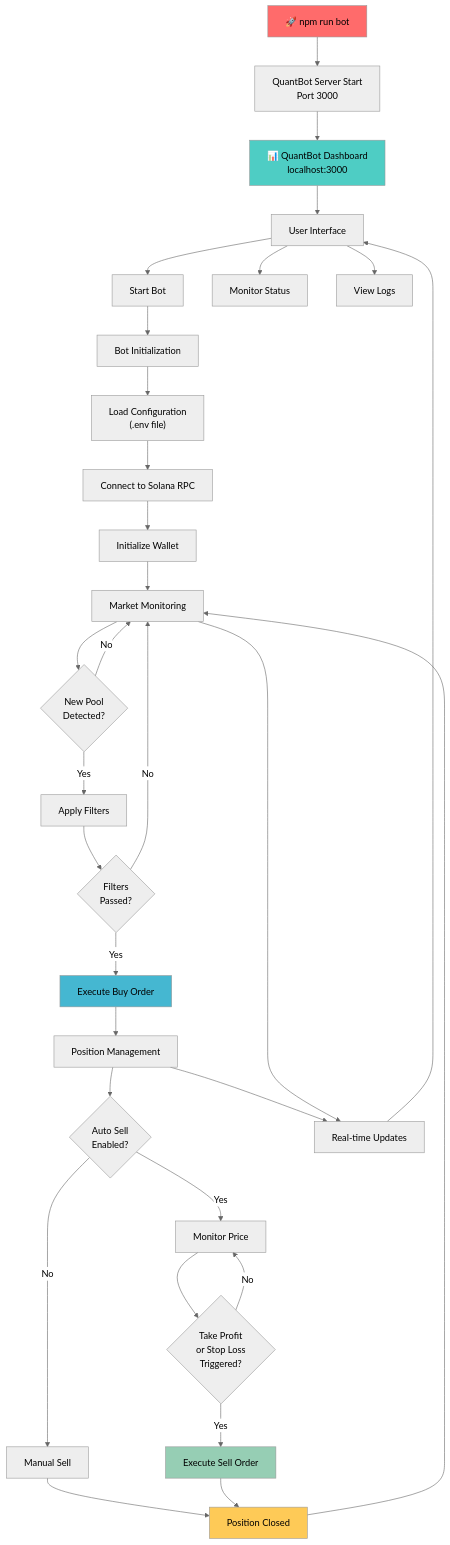
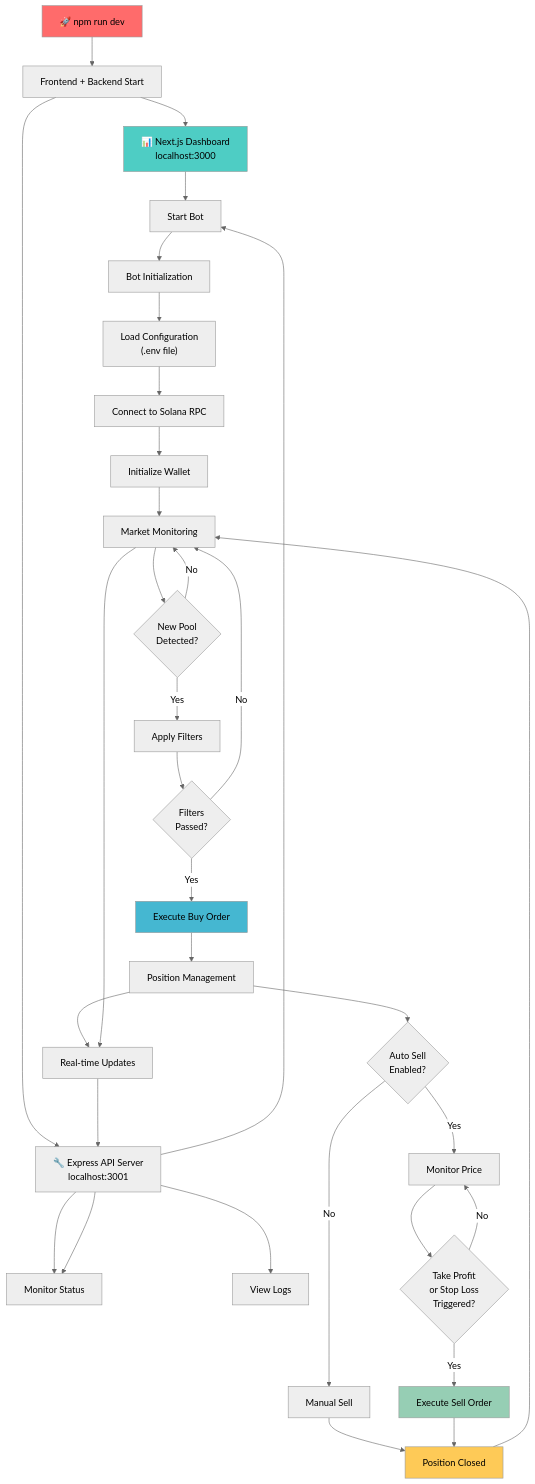
The diagram in README.md (harshith-eth/quant-bot), drawn with Mermaid (neutral theme) before and after one commit. The commit also changed other lines of this file and 131 other files, not shown here.

````diff
--- a/README.md
+++ b/README.md
@@ -36,47 +61,49 @@
 ```mermaid
 graph TD
-    A["🚀 npm run bot"] --> B["QuantBot Server Start<br/>Port 3000"]
-    B --> C["📊 QuantBot Dashboard<br/>localhost:3000"]
-    C --> D["User Interface"]
+    A["🚀 npm run dev"] --> B["Frontend + Backend Start"]
+    B --> C["📊 Next.js Dashboard<br/>localhost:3000"]
+    B --> D["🔧 Express API Server<br/>localhost:3001"]
+    C --> E["User Interface"]
+    D --> F["Trading Bot API"]
     
     D --> E["Start Bot"]
     D --> F["Monitor Status"]
     D --> G["View Logs"]
     
     E --> H["Bot Initialization"]
     H --> I["Load Configuration<br/>(.env file)"]
     I --> J["Connect to Solana RPC"]
     J --> K["Initialize Wallet"]
     
     K --> L["Market Monitoring"]
     L --> M{"New Pool<br/>Detected?"}
     M -->|Yes| N["Apply Filters"]
     M -->|No| L
     
     N --> O{"Filters<br/>Passed?"}
     O -->|No| L
     O -->|Yes| P["Execute Buy Order"]
     
     P --> Q["Position Management"]
     Q --> R{"Auto Sell<br/>Enabled?"}
     R -->|No| S["Manual Sell"]
     R -->|Yes| T["Monitor Price"]
     
     T --> U{"Take Profit<br/>or Stop Loss<br/>Triggered?"}
     U -->|No| T
     U -->|Yes| V["Execute Sell Order"]
     
     S --> W["Position Closed"]
     V --> W
     W --> L
     
     X["Real-time Updates"] --> D
     Q --> X
     L --> X
     
     style A fill:#ff6b6b
     style C fill:#4ecdc4
     style P fill:#45b7d1
     style V fill:#96ceb4
     style W fill:#feca57
 ```
````
